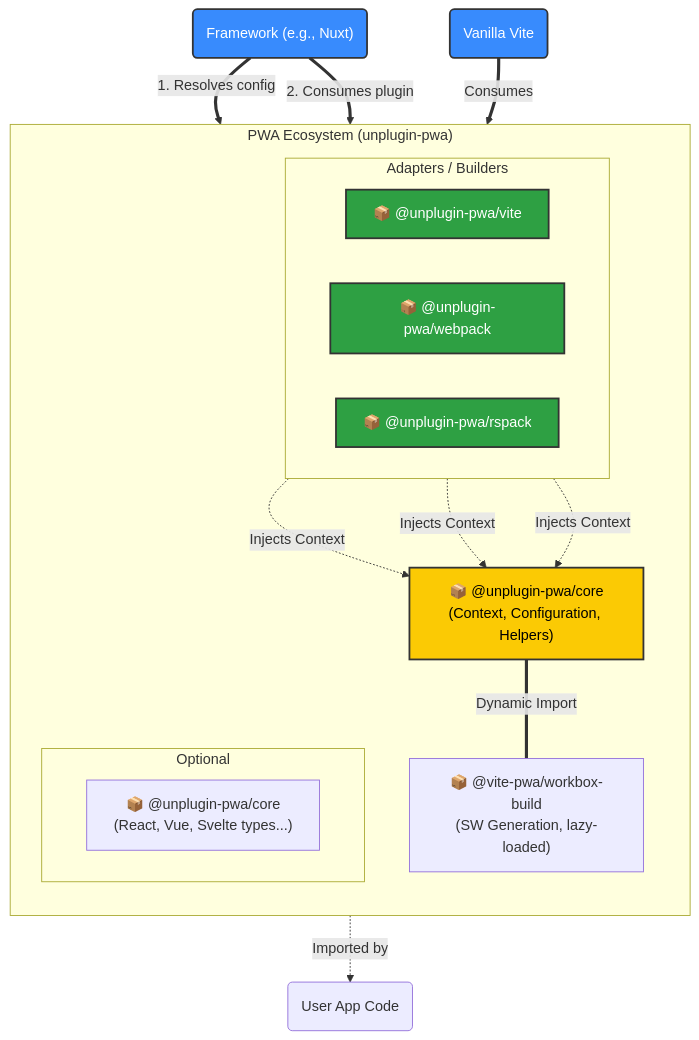
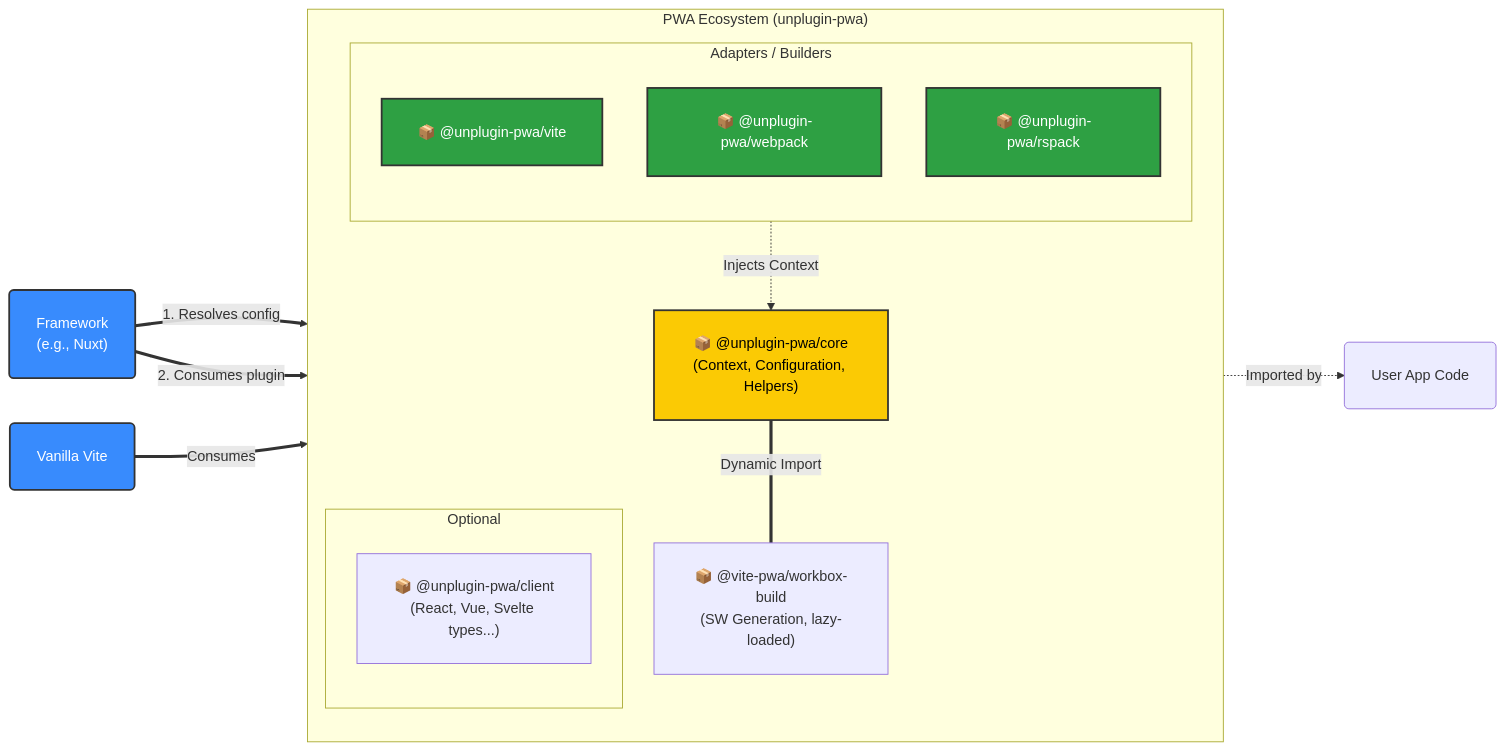
One commit to vite-pwa/docs changed the first of 3 diagrams in unplugin-pwa/architecture.md. Above: the diagram before and after it, drawn with Mermaid.

Commit message:
chore: fix the arch. diagram

````diff
--- a/unplugin-pwa/architecture.md
+++ b/unplugin-pwa/architecture.md
@@ -10,42 +10,44 @@
 ```mermaid
-graph TD
+flowchart LR
+%% External Consumers
+    Nuxt("<div style='padding: 10px 15px;'>Framework<br>(e.g., Nuxt)</div>")
+    Vanilla("<div style='padding: 10px 15px;'>Vanilla Vite</div>")
+    App("<div style='padding: 10px 15px;'>User App Code</div>")
+
     subgraph Monorepo ["PWA Ecosystem (unplugin-pwa)"]
         direction TB
 
-        Core["📦 @unplugin-pwa/core\n(Context, Configuration, Helpers)"]
-        WB["📦 @vite-pwa/workbox-build\n(SW Generation, lazy-loaded)"]
-
         subgraph Builders ["Adapters / Builders"]
-            direction LR
-            Vite["📦 @unplugin-pwa/vite"]
-            Webpack["📦 @unplugin-pwa/webpack"]
-            Rspack["📦 @unplugin-pwa/rspack"]
+            direction TB
+            Vite["<div style='padding: 10px'>📦 @unplugin-pwa/vite</div>"]
+            Webpack["<div style='padding: 10px'>📦 @unplugin-pwa/webpack</div>"]
+            Rspack["<div style='padding: 10px'>📦 @unplugin-pwa/rspack</div>"]
         end
 
+        Core["<div style='padding: 10px'>📦 @unplugin-pwa/core<br>(Context, Configuration, Helpers)</div>"]
+        WB["<div style='padding: 10px'>📦 @vite-pwa/workbox-build<br>(SW Generation, lazy-loaded)</div>"]
+
         subgraph Extras ["Optional"]
-            direction LR
-            Client["📦 @unplugin-pwa/core\n(React, Vue, Svelte types...)"]
+            Client["<div style='padding: 10px'>📦 @unplugin-pwa/client<br>(React, Vue, Svelte types...)</div>"]
         end
 
     %% Internal Relations
-        Vite -. "Injects Context" .-> Core
-        Webpack -. "Injects Context" .-> Core
-        Rspack -. "Injects Context" .-> Core
-
+        Builders -. "Injects Context" .-> Core
         Core == "Dynamic Import" === WB
     end
 
-%% External Consumers
-    Nuxt("Framework (e.g., Nuxt)") ==>|1. Resolves config| Core
+%% External Connections
+    Nuxt ==>|1. Resolves config| Core
     Nuxt ==>|2. Consumes plugin| Vite
-    Vanilla("Vanilla Vite") ==>|Consumes| Vite
-    Client -. "Imported by" .-> App("User App Code")
+    Vanilla ==>|Consumes| Vite
+    Client -. "Imported by" .-> App
 
+%% Styles
     classDef core fill:#fbca04,stroke:#333,stroke-width:2px,color:black;
     classDef builder fill:#2ea043,stroke:#333,stroke-width:2px,color:white;
     classDef framework fill:#388bfd,stroke:#333,stroke-width:2px,color:white;
 
     class Core core;
     class Vite,Webpack,Rspack builder;
     class Nuxt,Vanilla framework;
 ```
````
